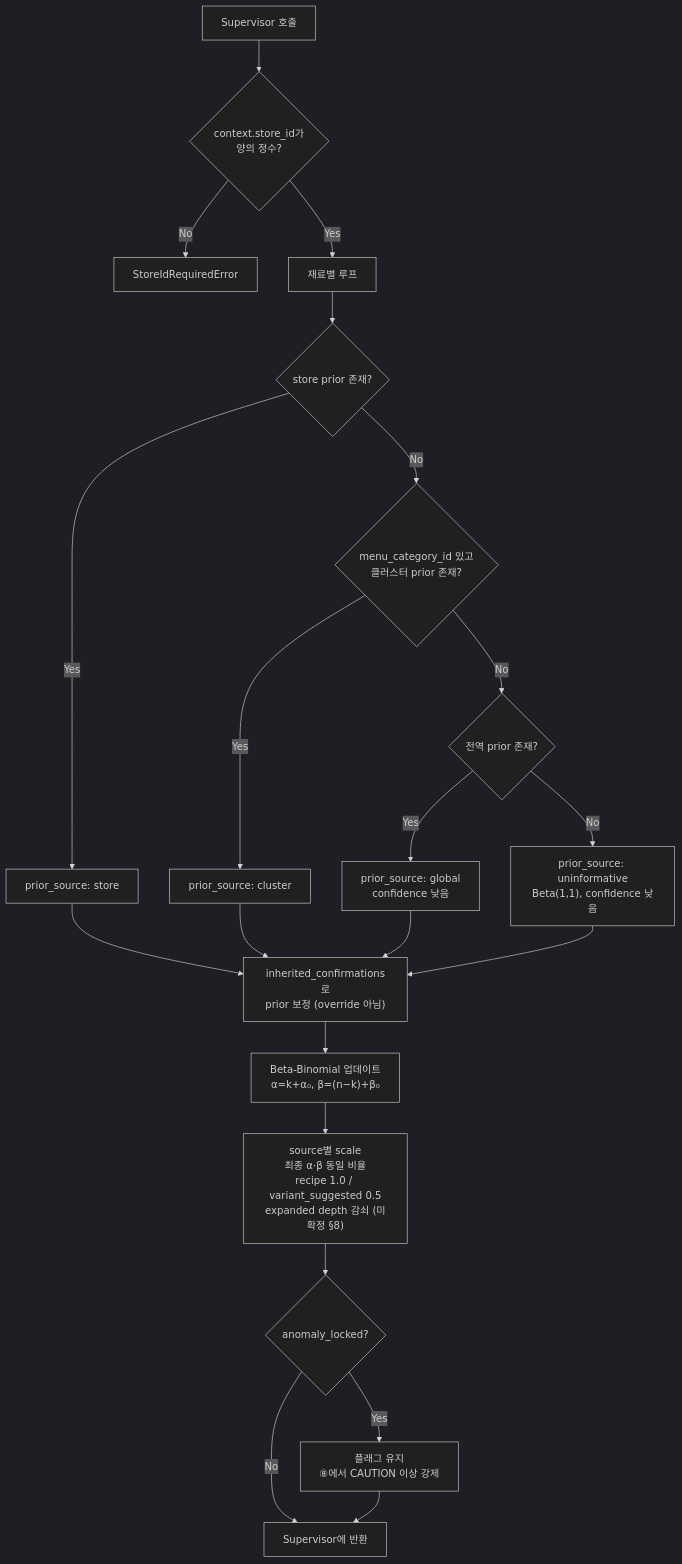
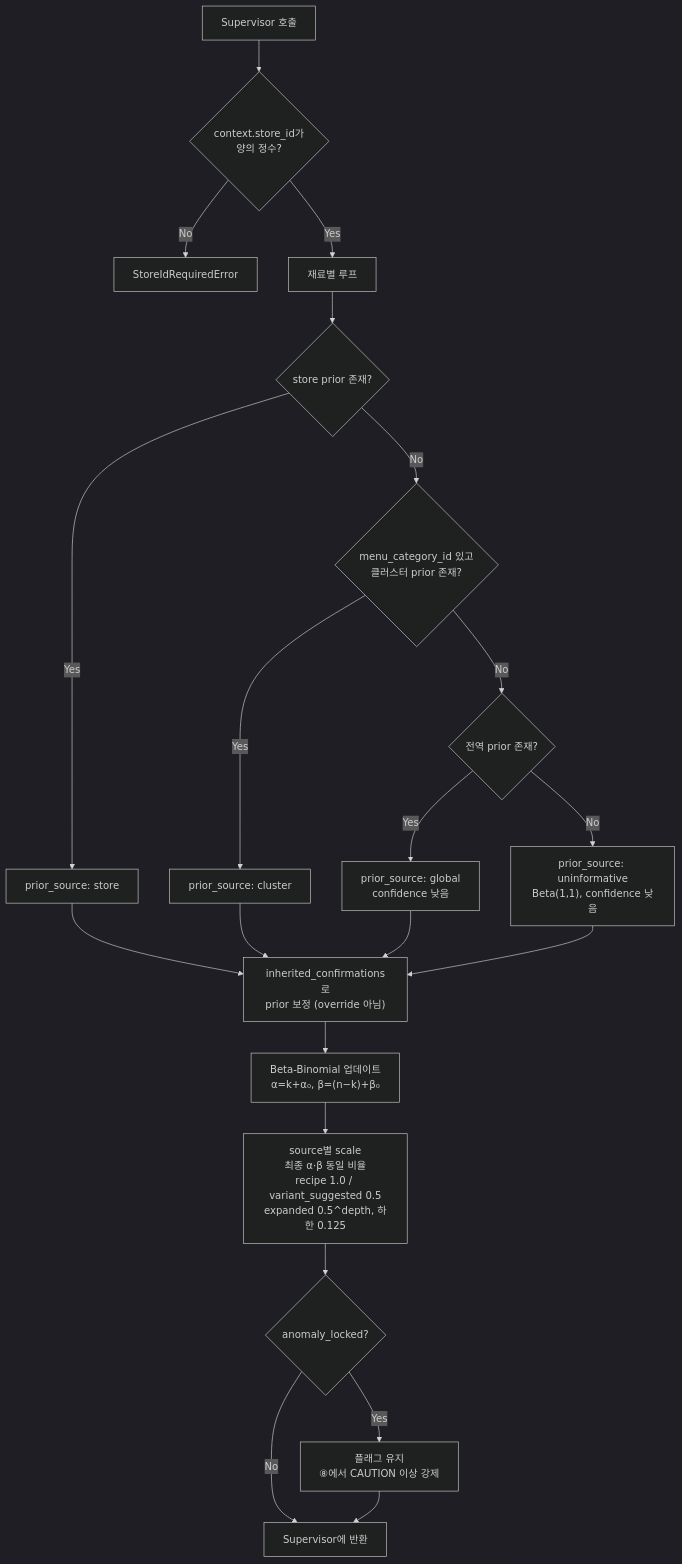
Before and after one commit to Han-Spoon/ai: the diagram in docs/5-tool-Statistics.md, drawn with Mermaid (dark theme). The commit also changed other lines of this file and 1 other file, not shown here.

First line of the commit message:
docs(statistics): decide depth decay as equal alpha-beta scale

````diff
--- a/docs/5-tool-Statistics.md
+++ b/docs/5-tool-Statistics.md
@@ -145,25 +145,25 @@
 ```mermaid
 flowchart TD
     S[Supervisor 호출] --> V{"context.store_id가<br/>양의 정수?"}
     V -->|No| ERR[StoreIdRequiredError]
     V -->|Yes| L[재료별 루프]
 
     L --> P{store prior 존재?}
     P -->|Yes| SP["prior_source: store"]
     P -->|No| CL{"menu_category_id 있고<br/>클러스터 prior 존재?"}
     CL -->|Yes| CP["prior_source: cluster"]
     CL -->|No| G{"전역 prior 존재?"}
     G -->|Yes| GP["prior_source: global<br/>confidence 낮음"]
     G -->|No| UP["prior_source: uninformative<br/>Beta(1,1), confidence 낮음"]
 
     SP --> INH["inherited_confirmations로<br/>prior 보정 (override 아님)"]
     CP --> INH
     GP --> INH
     UP --> INH
     INH --> BB["Beta-Binomial 업데이트<br/>α=k+α₀, β=(n−k)+β₀"]
-    BB --> SRC["source별 scale<br/>최종 α·β 동일 비율<br/>recipe 1.0 / variant_suggested 0.5<br/>expanded depth 감쇠 (미확정 §8)"]
+    BB --> SRC["source별 scale<br/>최종 α·β 동일 비율<br/>recipe 1.0 / variant_suggested 0.5<br/>expanded 0.5^depth, 하한 0.125"]
     SRC --> LOCK{"anomaly_locked?"}
     LOCK -->|Yes| MARK["플래그 유지<br/>⑧에서 CAUTION 이상 강제"]
     LOCK -->|No| OUT[Supervisor에 반환]
     MARK --> OUT
 ```
````
